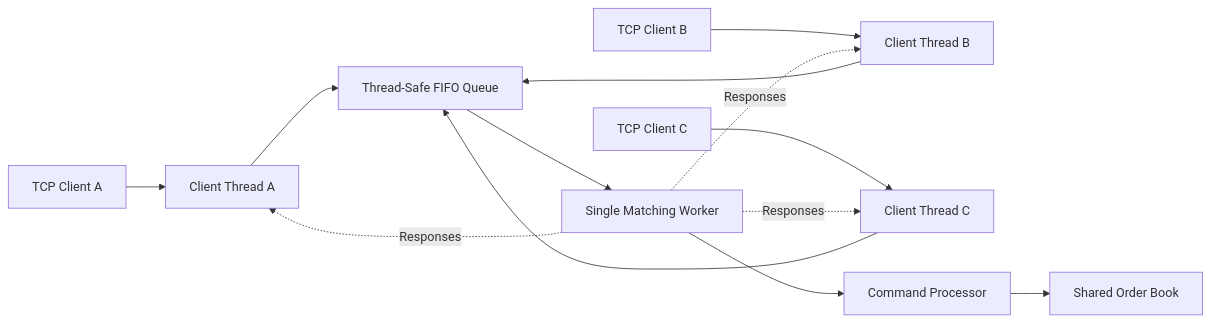
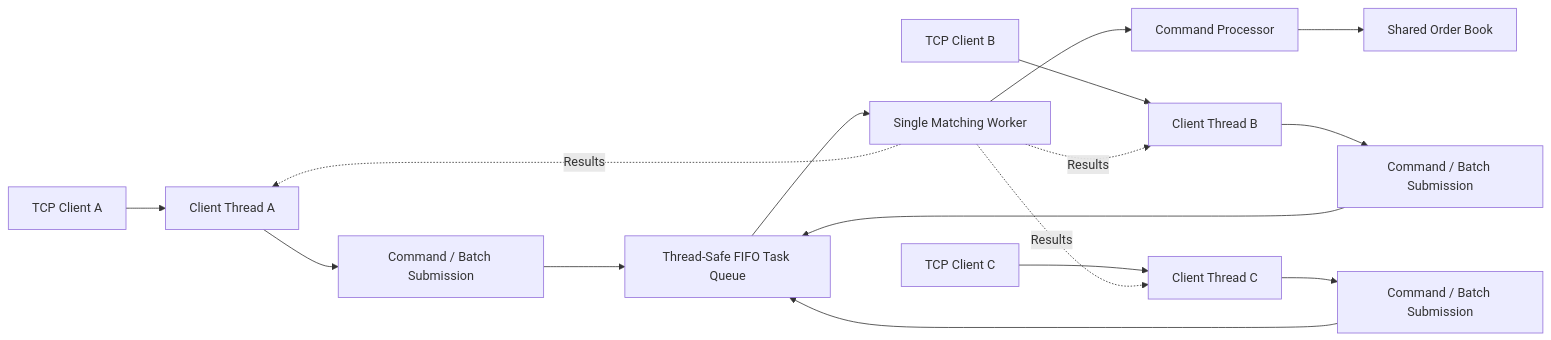
The diagram in README.md (whensun/latency-lab), drawn with Mermaid before and after one commit. The commit also changed other lines of this file, not shown here.

````diff
--- a/README.md
+++ b/README.md
@@ -11,18 +11,22 @@
 ```mermaid
 flowchart LR
     A[TCP Client A] --> T1[Client Thread A]
     B[TCP Client B] --> T2[Client Thread B]
     C[TCP Client C] --> T3[Client Thread C]
 
-    T1 --> Q[Thread-Safe FIFO Queue]
-    T2 --> Q
-    T3 --> Q
+    T1 --> S1[Command / Batch Submission]
+    T2 --> S2[Command / Batch Submission]
+    T3 --> S3[Command / Batch Submission]
+
+    S1 --> Q[Thread-Safe FIFO Task Queue]
+    S2 --> Q
+    S3 --> Q
 
     Q --> W[Single Matching Worker]
     W --> P[Command Processor]
     P --> O[Shared Order Book]
 
-    W -. Responses .-> T1
-    W -. Responses .-> T2
-    W -. Responses .-> T3
+    W -. Results .-> T1
+    W -. Results .-> T2
+    W -. Results .-> T3
 ```
````
